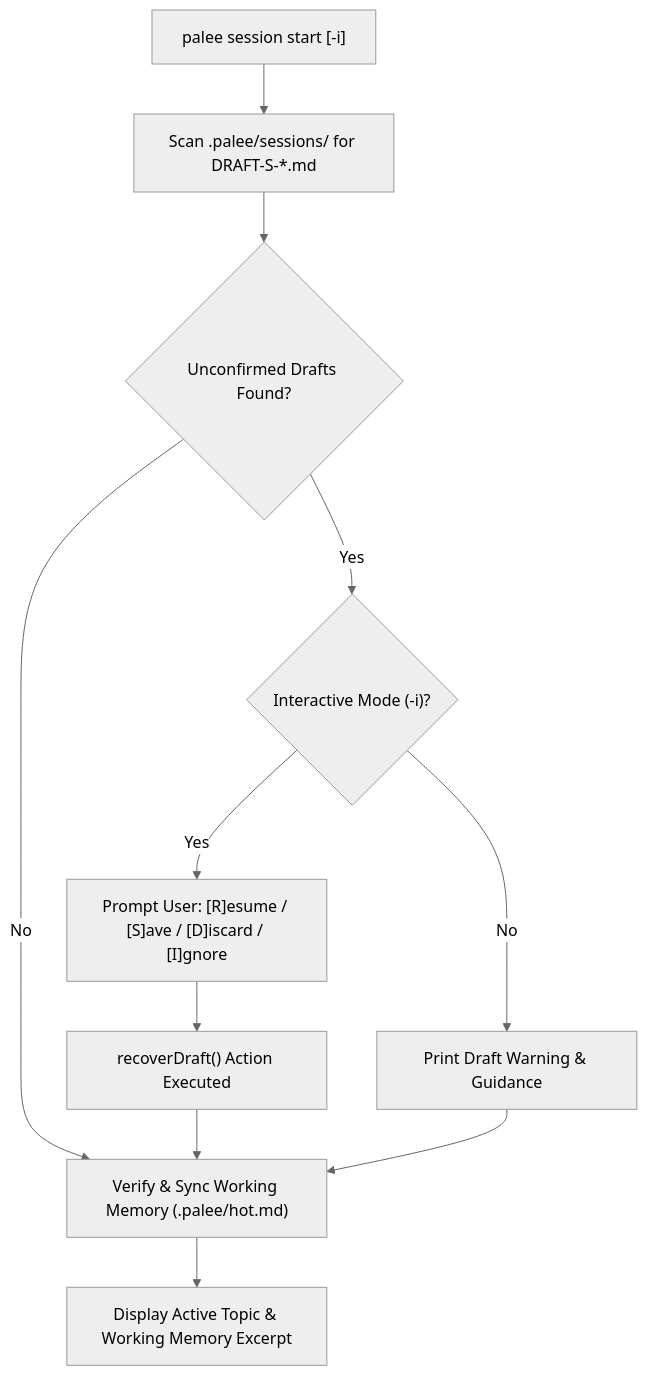
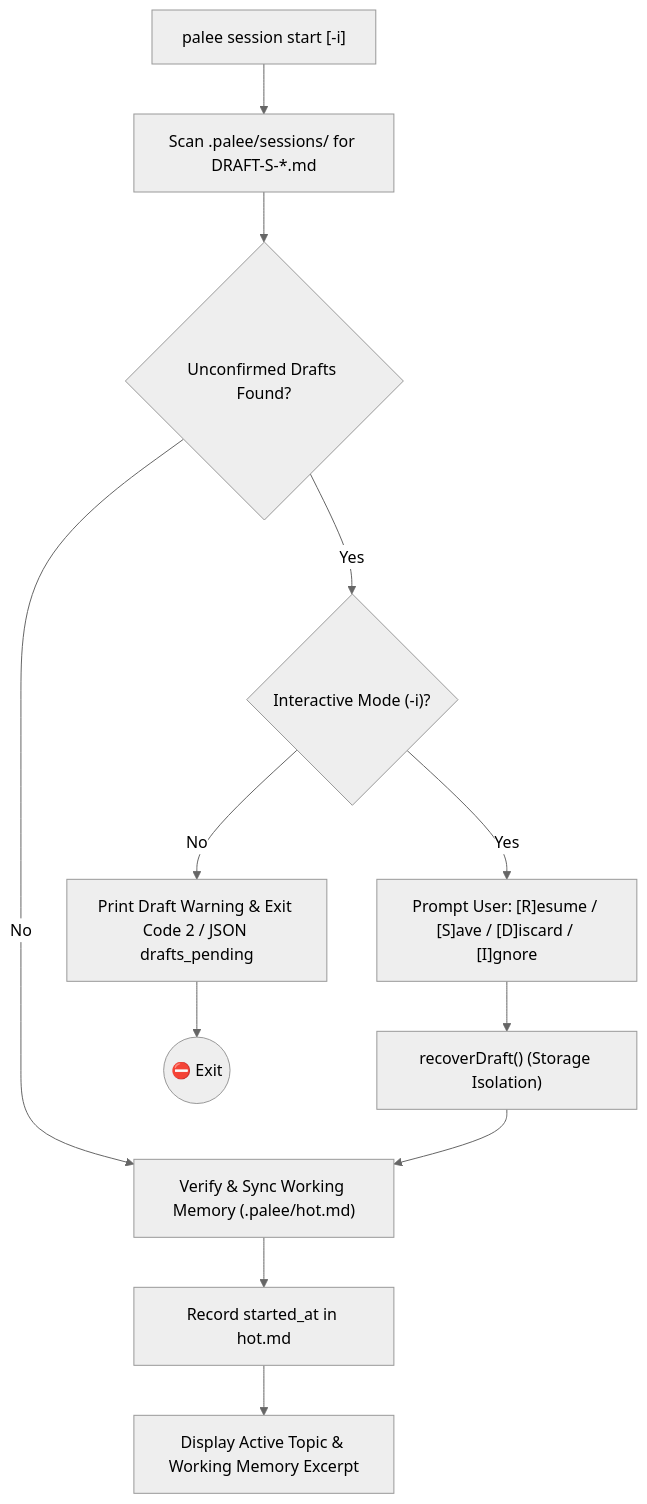
Before and after one commit to Kuldeep2822k/cli: the diagram in docs/02-4-session-management-command.md, drawn with Mermaid (neutral theme). The commit also changed other lines of this file and 51 other files, not shown here.

First line of the commit message:
feat(core): implement Phase 1 storage isolation, session duration, and concurrency resilience (#86, #87, #88, #89, #90, #91) (#120)

````diff
--- a/docs/02-4-session-management-command.md
+++ b/docs/02-4-session-management-command.md
@@ -54,17 +55,18 @@
 ```mermaid
 flowchart TD
     StartCmd["palee session start [-i]"] --> ScanDrafts["Scan .palee/sessions/ for DRAFT-S-*.md"]
     
     ScanDrafts --> HasDrafts{"Unconfirmed Drafts Found?"}
     HasDrafts -->|"No"| SyncHot["Verify & Sync Working Memory (.palee/hot.md)"]
     
     HasDrafts -->|"Yes"| InterCheck{"Interactive Mode (-i)?"}
-    InterCheck -->|"No"| WarnDraft["Print Draft Warning & Guidance"]
+    InterCheck -->|"No"| WarnDraft["Print Draft Warning & Exit Code 2 / JSON drafts_pending"]
     InterCheck -->|"Yes"| PromptRecovery["Prompt User: [R]esume / [S]ave / [D]iscard / [I]gnore"]
     
-    PromptRecovery --> ExecuteAction["recoverDraft() Action Executed"]
+    PromptRecovery --> ExecuteAction["recoverDraft() (Storage Isolation)"]
     ExecuteAction --> SyncHot
-    WarnDraft --> SyncHot
+    WarnDraft --> Stop(("⛔ Exit"))
     
-    SyncHot --> PrintHot["Display Active Topic & Working Memory Excerpt"]
+    SyncHot --> SetStart["Record started_at in hot.md"]
+    SetStart --> PrintHot["Display Active Topic & Working Memory Excerpt"]
 ```
````
